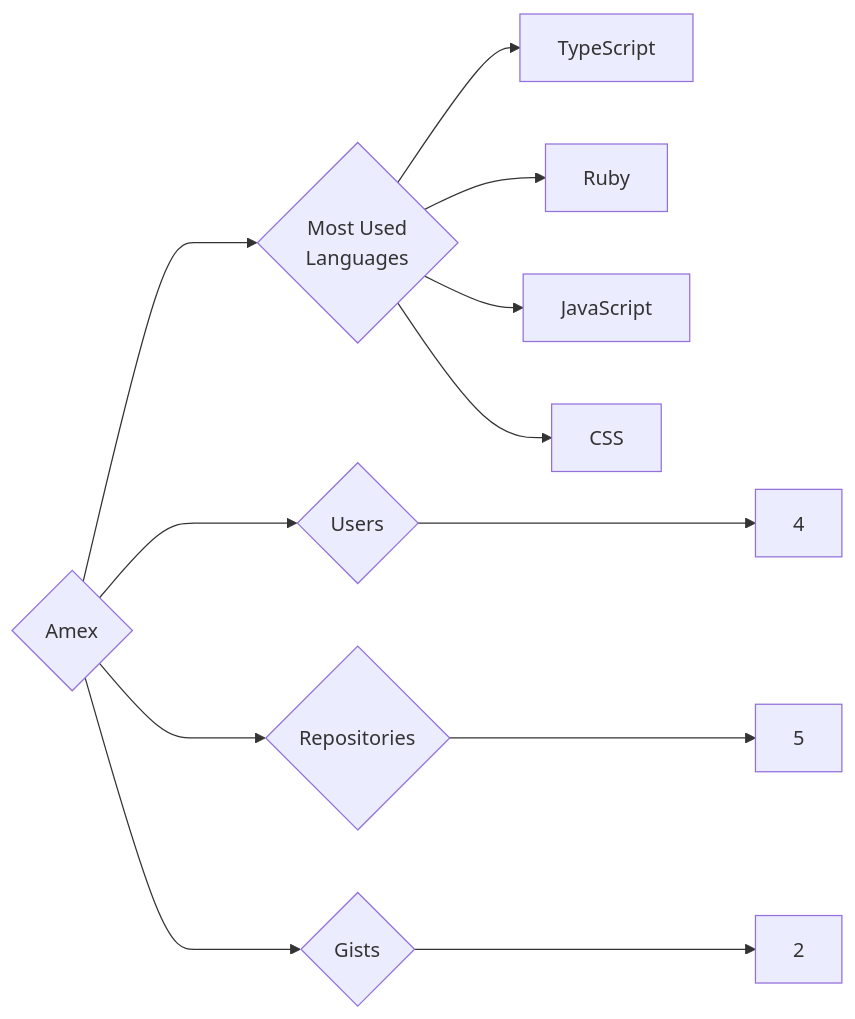
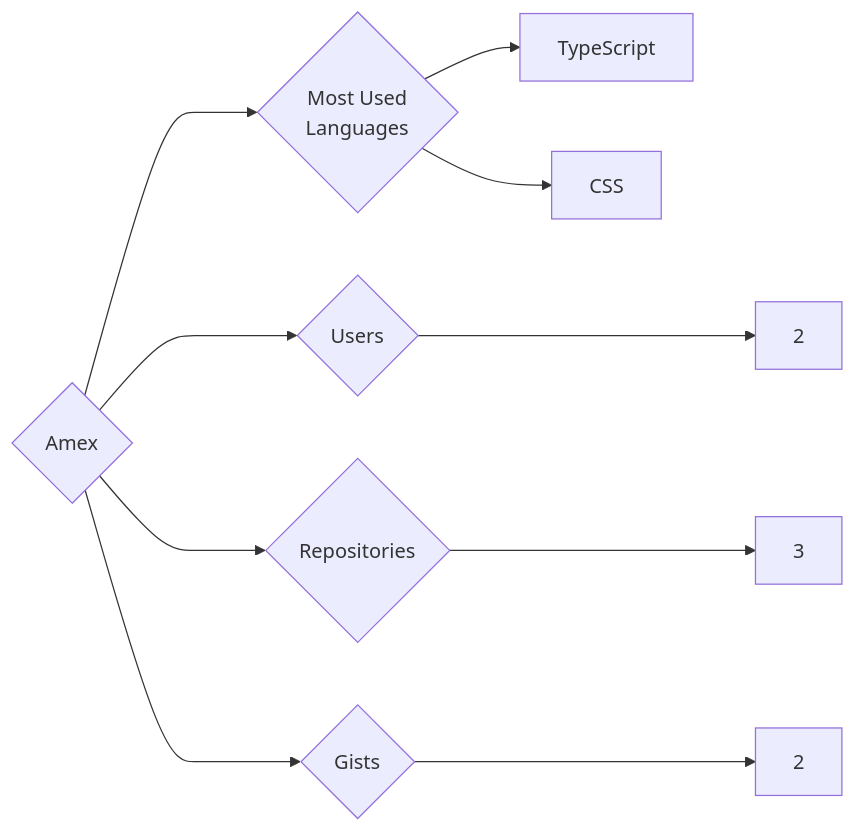
Before and after one commit to trickest/insiders: the diagram in targets/Amex/README.md, drawn with Mermaid. The commit also changed 1023 other files, not shown here.

````diff
--- a/targets/Amex/README.md
+++ b/targets/Amex/README.md
@@ -3,12 +3,10 @@
 ```mermaid
 graph LR
 COMPANY_NAME{Amex}
-COMPANY_NAME ---> U{Users} ---> UN[4]
-COMPANY_NAME ---> R{Repositories} ---> RN[5]
+COMPANY_NAME ---> U{Users} ---> UN[2]
+COMPANY_NAME ---> R{Repositories} ---> RN[3]
 COMPANY_NAME ---> G{Gists} ---> GN[2]
 COMPANY_NAME ---> ML{Most Used<br>Languages}
 ML --> TypeScript[TypeScript]
-ML --> Ruby[Ruby]
-ML --> JavaScript[JavaScript]
 ML --> CSS[CSS]
 ```
````
